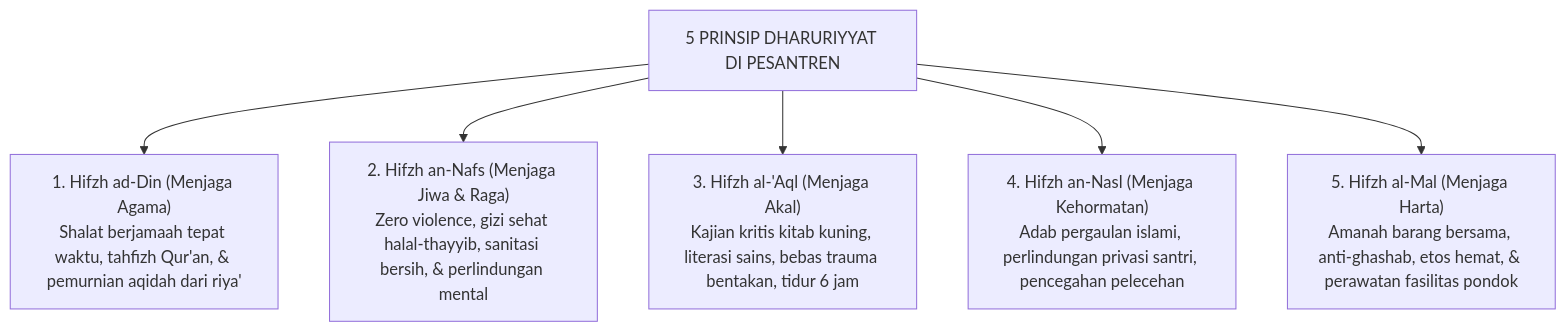
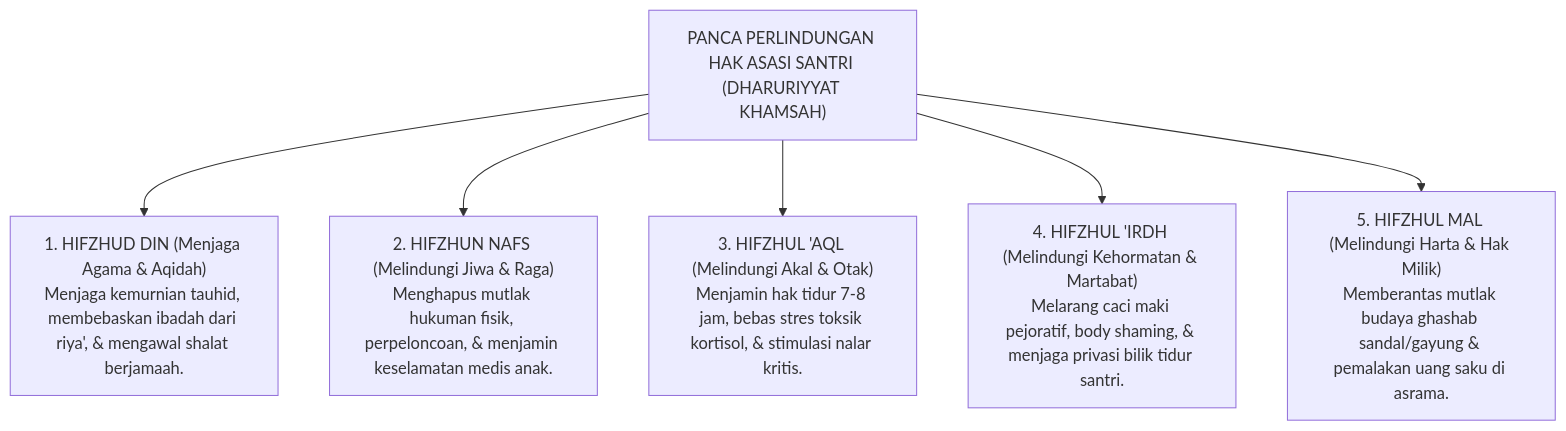
Before and after one commit to wandiapriliyandi/tumbuh: the diagram in BOOK-SERIES/Volume-01/Bab-07-Aksiologi-dan-Maqashid-Syariah-Pengasuhan/02-Integrasi-Lima-Prinsip-Dharuriyyat-Pengasuhan.md, drawn with Mermaid. The commit also changed other lines of this file and 5 other files, not shown here.

````diff
--- a/BOOK-SERIES/Volume-01/Bab-07-Aksiologi-dan-Maqashid-Syariah-Pengasuhan/02-Integrasi-Lima-Prinsip-Dharuriyyat-Pengasuhan.md
+++ b/BOOK-SERIES/Volume-01/Bab-07-Aksiologi-dan-Maqashid-Syariah-Pengasuhan/02-Integrasi-Lima-Prinsip-Dharuriyyat-Pengasuhan.md
@@ -13,9 +14,14 @@
 ```mermaid
 graph TD
-    Khams["5 PRINSIP DHARURIYYAT DI PESANTREN"]
-    Khams --> Din["1. Hifzh ad-Din (Menjaga Agama)<br/>Shalat berjamaah tepat waktu, tahfizh Qur'an, & pemurnian aqidah dari riya'"]
-    Khams --> Nafs["2. Hifzh an-Nafs (Menjaga Jiwa & Raga)<br/>Zero violence, gizi sehat halal-thayyib, sanitasi bersih, & perlindungan mental"]
-    Khams --> Aql["3. Hifzh al-'Aql (Menjaga Akal)<br/>Kajian kritis kitab kuning, literasi sains, bebas trauma bentakan, tidur 6 jam"]
-    Khams --> Nasl["4. Hifzh an-Nasl (Menjaga Kehormatan)<br/>Adab pergaulan islami, perlindungan privasi santri, pencegahan pelecehan"]
-    Khams --> Mal["5. Hifzh al-Mal (Menjaga Harta)<br/>Amanah barang bersama, anti-ghashab, etos hemat, & perawatan fasilitas pondok"]
+    RootDharuriyyat["PANCA PERLINDUNGAN HAK ASASI SANTRI (DHARURIYYAT KHAMSAH)"]
+    
+    RootDharuriyyat --> D1["1. HIFZHUD DIN (Menjaga Agama & Aqidah)<br/>Menjaga kemurnian tauhid, membebaskan ibadah dari riya', & mengawal shalat berjamaah."]
+    
+    RootDharuriyyat --> D2["2. HIFZHUN NAFS (Melindungi Jiwa & Raga)<br/>Menghapus mutlak hukuman fisik, perpeloncoan, & menjamin keselamatan medis anak."]
+    
+    RootDharuriyyat --> D3["3. HIFZHUL 'AQL (Melindungi Akal & Otak)<br/>Menjamin hak tidur 7-8 jam, bebas stres toksik kortisol, & stimulasi nalar kritis."]
+    
+    RootDharuriyyat --> D4["4. HIFZHUL 'IRDH (Melindungi Kehormatan & Martabat)<br/>Melarang caci maki pejoratif, body shaming, & menjaga privasi bilik tidur santri."]
+    
+    RootDharuriyyat --> D5["5. HIFZHUL MAL (Melindungi Harta & Hak Milik)<br/>Memberantas mutlak budaya ghashab sandal/gayung & pemalakan uang saku di asrama."]
 ```
````
